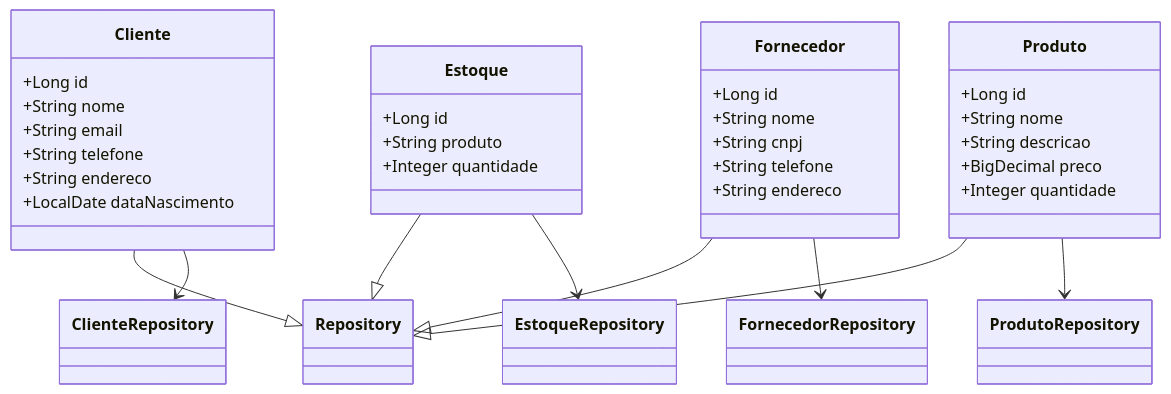
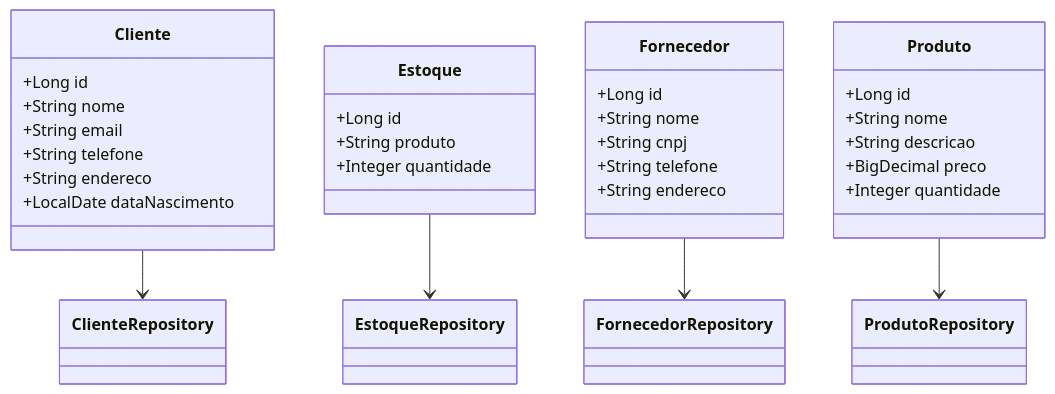
One commit to iFallenHunt/ArtCraftERP changed the diagram in README.md. Above: the diagram before and after it, drawn with Mermaid. The commit also changed other lines of this file, not shown here.

````diff
--- a/README.md
+++ b/README.md
@@ -115,43 +137,38 @@
 ```mermaid
 classDiagram
     class Cliente {
         +Long id
         +String nome
         +String email
         +String telefone
         +String endereco
         +LocalDate dataNascimento
     }
 
     class Estoque {
         +Long id
         +String produto
         +Integer quantidade
     }
 
     class Fornecedor {
         +Long id
         +String nome
         +String cnpj
         +String telefone
         +String endereco
     }
 
     class Produto {
         +Long id
         +String nome
         +String descricao
         +BigDecimal preco
         +Integer quantidade
     }
 
-    Cliente --|> Repository
-    Estoque --|> Repository
-    Fornecedor --|> Repository
-    Produto --|> Repository
-
     Cliente --> ClienteRepository
     Estoque --> EstoqueRepository
     Fornecedor --> FornecedorRepository
     Produto --> ProdutoRepository
 ```
````
